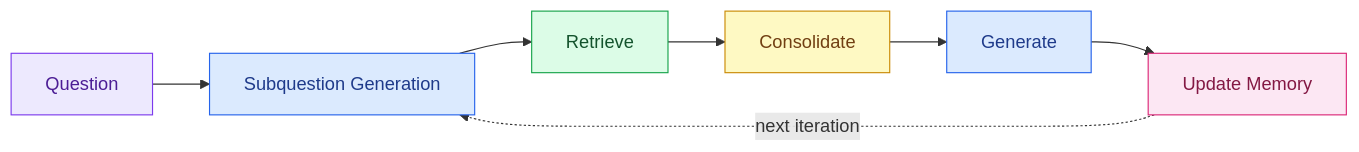
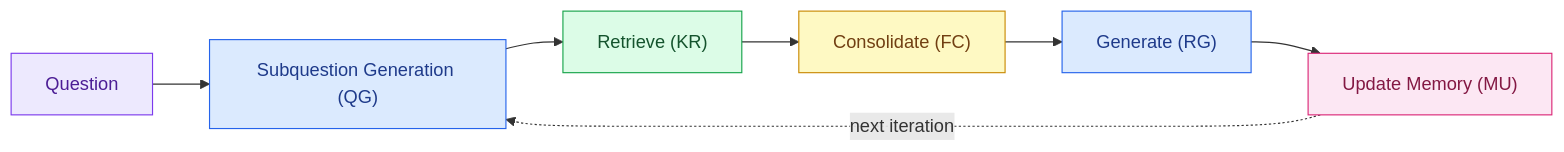
Before and after one commit to soumik-github/soumik_mandal: the diagram in markdown_articles/Agentic_RAG.md, drawn with Mermaid. The commit also changed 1 other file, not shown here.

Commit message:
feedback loop 8

```diff
--- a/markdown_articles/Agentic_RAG.md
+++ b/markdown_articles/Agentic_RAG.md
@@ -132,11 +132,11 @@
 <pre class="mermaid">
 flowchart LR
-    Q["Question"]:::question --> A["Subquestion Generation"]:::gen --> B["Retrieve"]:::retrieve --> C["Consolidate"]:::consolidate --> D["Generate"]:::gen --> E["Update Memory"]:::memory
+    Q["Question"]:::question --> A["Subquestion Generation (QG)"]:::gen --> B["Retrieve (KR)"]:::retrieve --> C["Consolidate (FC)"]:::consolidate --> D["Generate (RG)"]:::gen --> E["Update Memory (MU)"]:::memory
     E -.->|"next iteration"| A
 
     classDef question fill:#ede9fe,stroke:#7c3aed,color:#4c1d95,stroke-width:1px;
     classDef gen fill:#dbeafe,stroke:#2563eb,color:#1e3a8a,stroke-width:1px;
     classDef retrieve fill:#dcfce7,stroke:#16a34a,color:#14532d,stroke-width:1px;
     classDef consolidate fill:#fef9c3,stroke:#ca8a04,color:#713f12,stroke-width:1px;
     classDef memory fill:#fce7f3,stroke:#db2777,color:#831843,stroke-width:1px;
 </pre>
```
